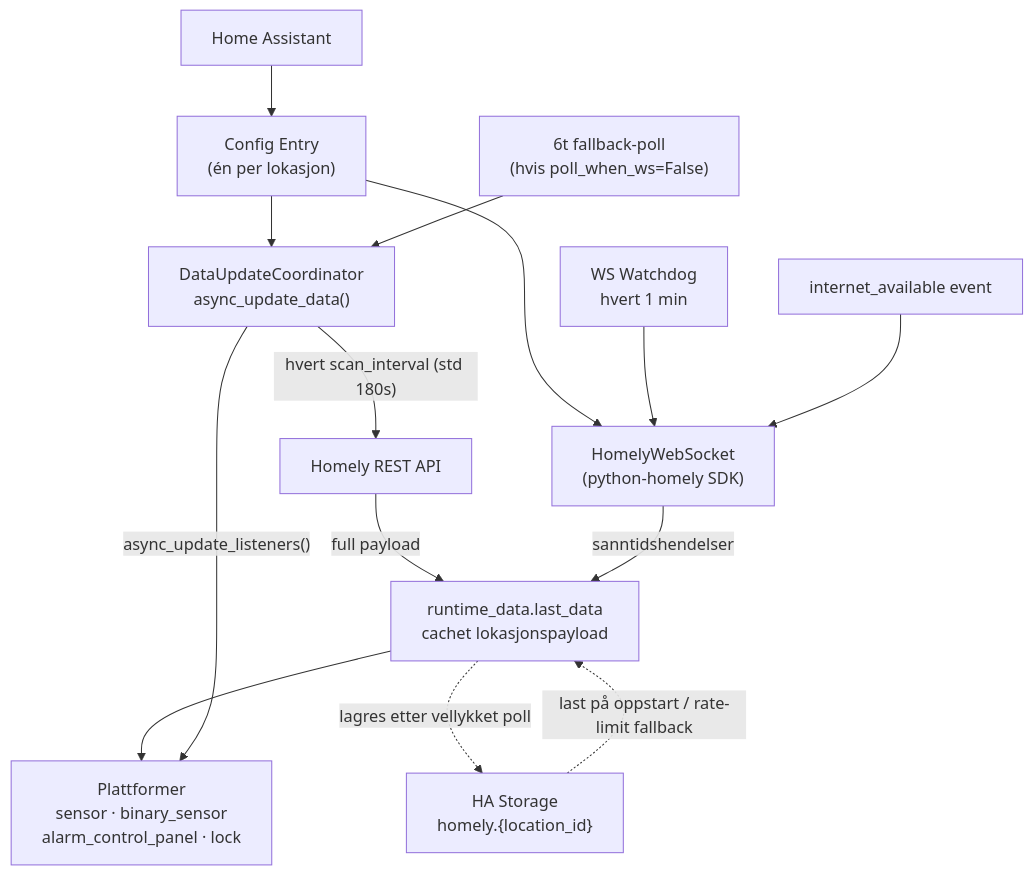
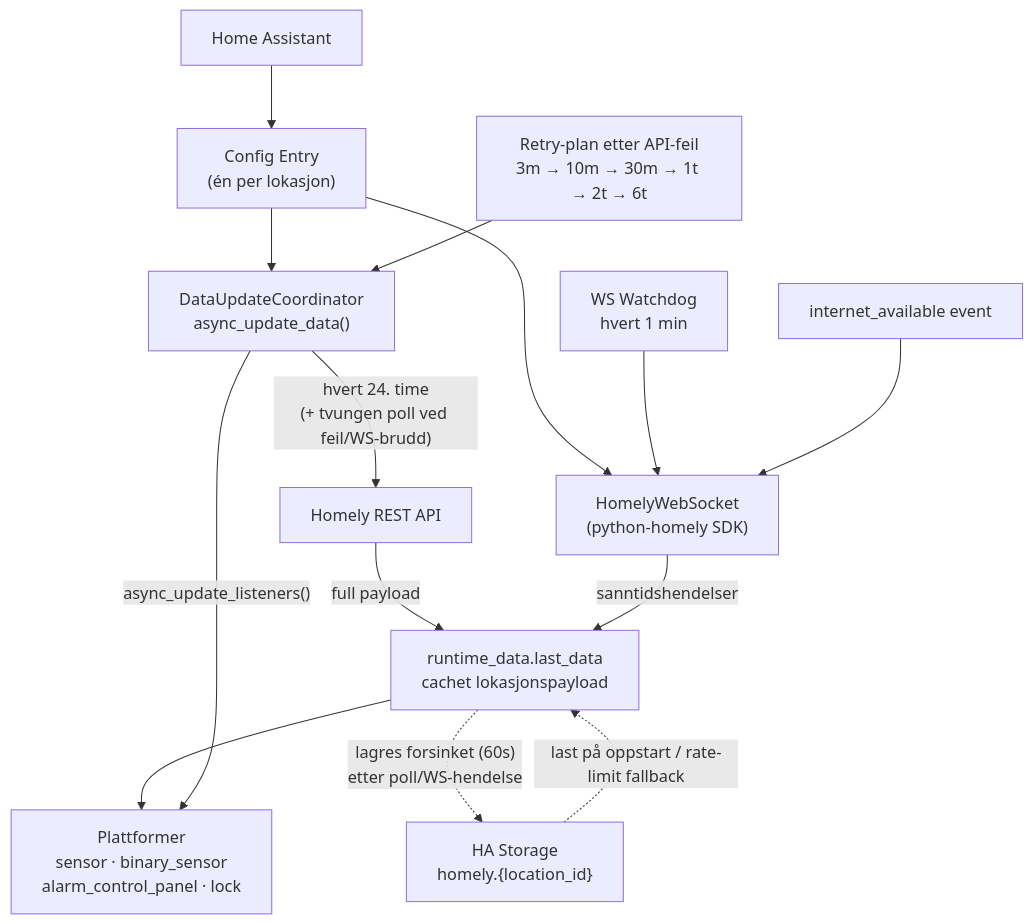
One commit to ludvikroed/homely-integration changed the first of 8 diagrams in ARCHITECTURE.md. Above: the diagram before and after it, drawn with Mermaid. The commit also changed other lines of this file and 37 other files, not shown here.

````diff
--- a/ARCHITECTURE.md
+++ b/ARCHITECTURE.md
@@ -9,28 +9,28 @@
 ```mermaid
 flowchart TD
     HA["Home Assistant"]
     CFG["Config Entry\n(én per lokasjon)"]
     COORD["DataUpdateCoordinator\nasync_update_data()"]
     WS["HomelyWebSocket\n(python-homely SDK)"]
     API["Homely REST API"]
     CACHE["runtime_data.last_data\ncachet lokasjonspayload"]
     STORE["HA Storage\nhomely.{location_id}"]
     PLAT["Plattformer\nsensor · binary_sensor\nalarm_control_panel · lock"]
     WD["WS Watchdog\nhvert 1 min"]
     NET["internet_available event"]
-    FB["6t fallback-poll\n(hvis poll_when_ws=False)"]
+    RETRY["Retry-plan etter API-feil\n3m → 10m → 30m → 1t → 2t → 6t"]
 
     HA --> CFG
     CFG --> COORD
     CFG --> WS
-    COORD -->|"hvert scan_interval (std 180s)"| API
+    COORD -->|"hvert 24. time\n(+ tvungen poll ved feil/WS-brudd)"| API
     API -->|"full payload"| CACHE
     WS -->|"sanntidshendelser"| CACHE
     CACHE --> PLAT
     COORD -->|"async_update_listeners()"| PLAT
     STORE -.->|"last på oppstart / rate-limit fallback"| CACHE
-    CACHE -.->|"lagres etter vellykket poll"| STORE
+    CACHE -.->|"lagres forsinket (60s)\netter poll/WS-hendelse"| STORE
     WD --> WS
     NET --> WS
-    FB --> COORD
+    RETRY --> COORD
 ```
````
